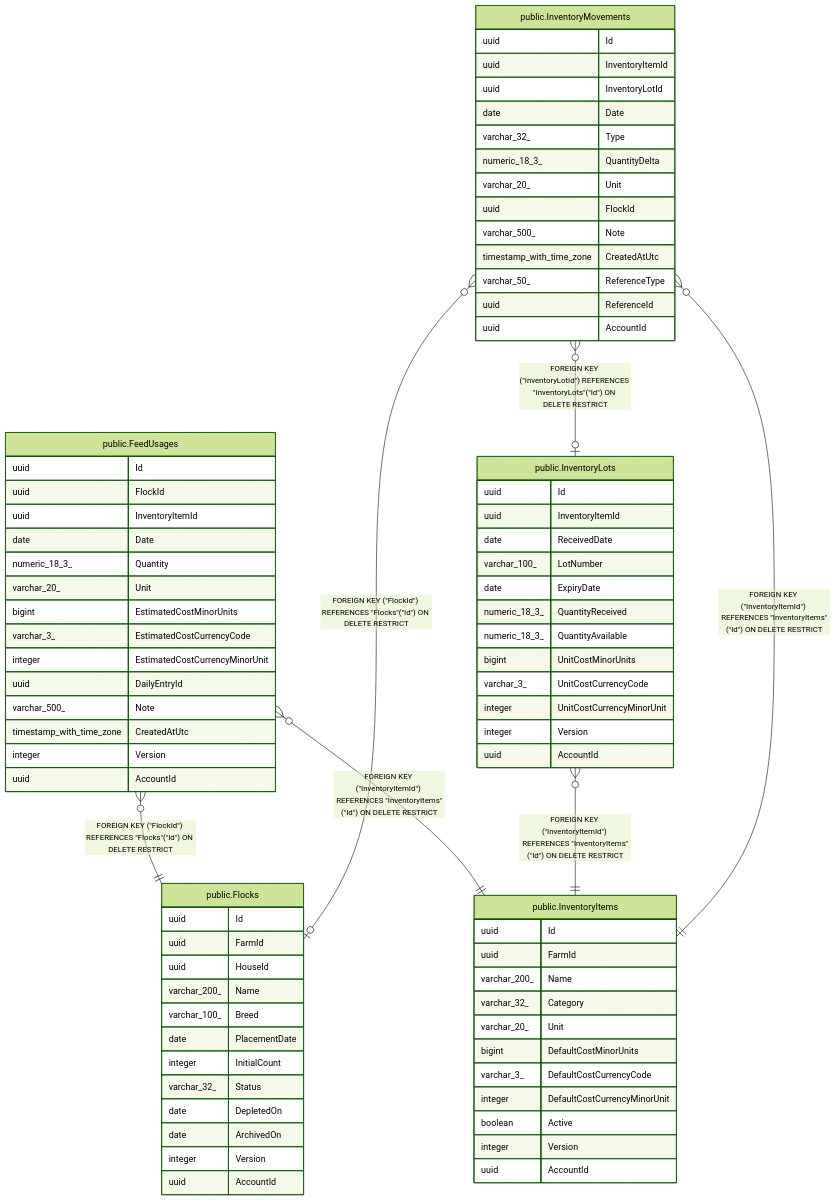
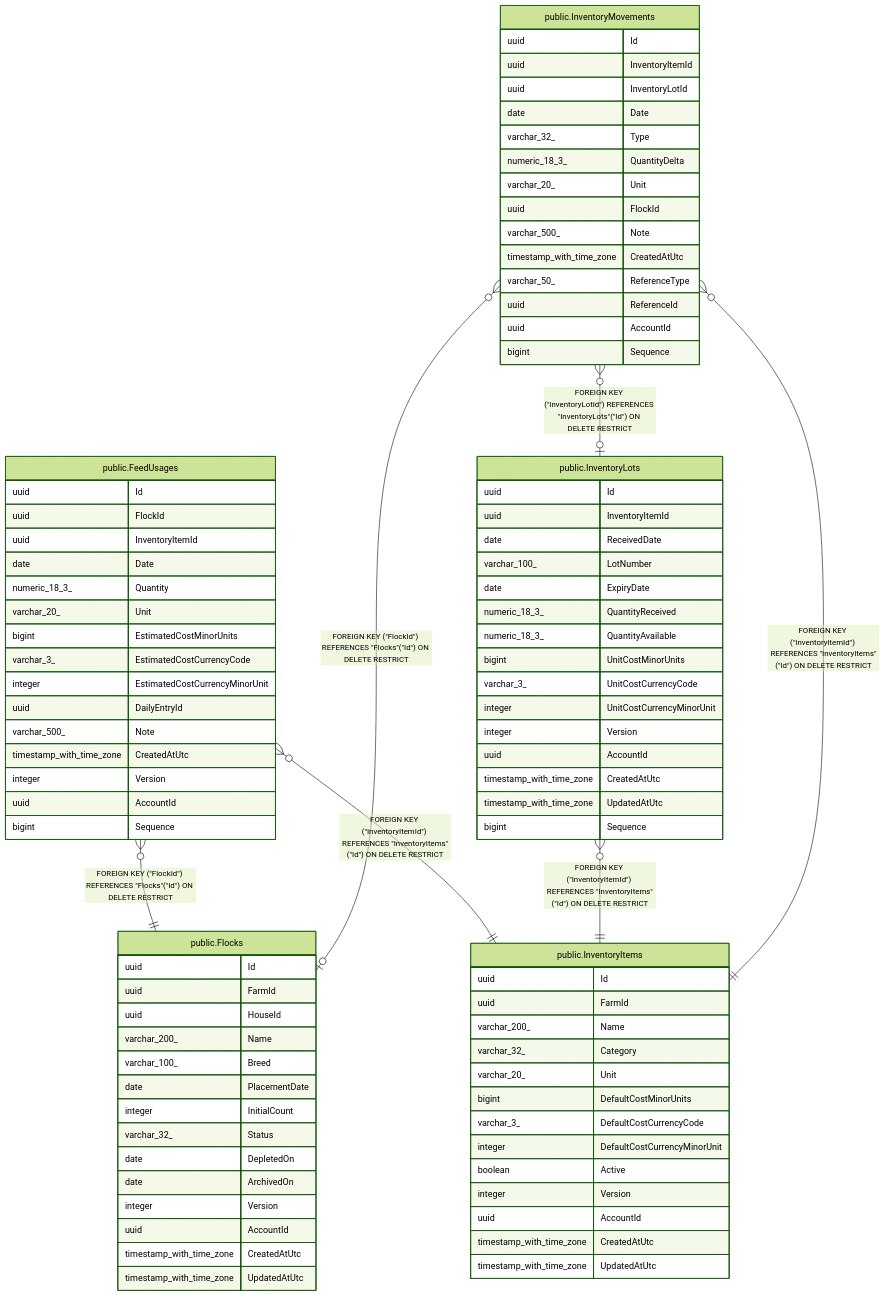
Before and after one commit to mforce/cluckwork: the diagram in docs/schema/viewpoint-1.md, drawn with Mermaid (forest theme). The commit also changed other lines of this file and 105 other files, not shown here.

````diff
--- a/docs/schema/viewpoint-1.md
+++ b/docs/schema/viewpoint-1.md
@@ -39,6 +39,8 @@
   date ArchivedOn
   integer Version
   uuid AccountId
+  timestamp_with_time_zone CreatedAtUtc
+  timestamp_with_time_zone UpdatedAtUtc
 }
 "public.InventoryItems" {
   uuid Id
@@ -52,6 +54,8 @@
   boolean Active
   integer Version
   uuid AccountId
+  timestamp_with_time_zone CreatedAtUtc
+  timestamp_with_time_zone UpdatedAtUtc
 }
 "public.FeedUsages" {
   uuid Id
@@ -68,6 +72,7 @@
   timestamp_with_time_zone CreatedAtUtc
   integer Version
   uuid AccountId
+  bigint Sequence
 }
 "public.InventoryLots" {
   uuid Id
@@ -82,6 +87,9 @@
   integer UnitCostCurrencyMinorUnit
   integer Version
   uuid AccountId
+  timestamp_with_time_zone CreatedAtUtc
+  timestamp_with_time_zone UpdatedAtUtc
+  bigint Sequence
 }
 "public.InventoryMovements" {
   uuid Id
@@ -97,5 +105,6 @@
   varchar_50_ ReferenceType
   uuid ReferenceId
   uuid AccountId
+  bigint Sequence
 }
 ```
````
